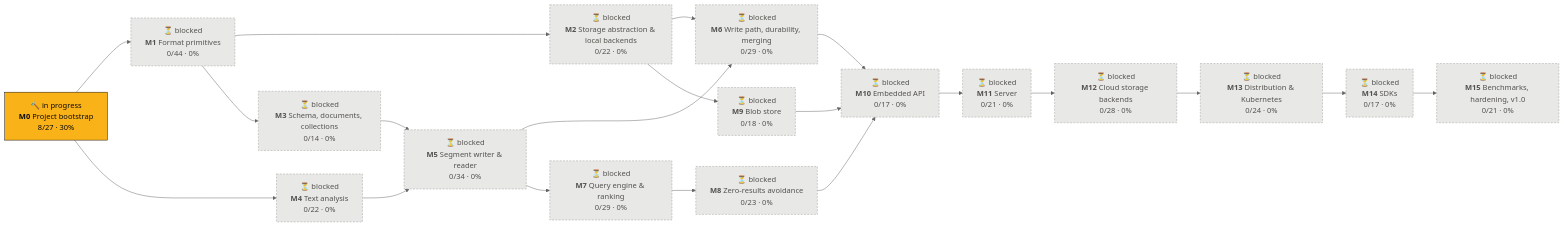
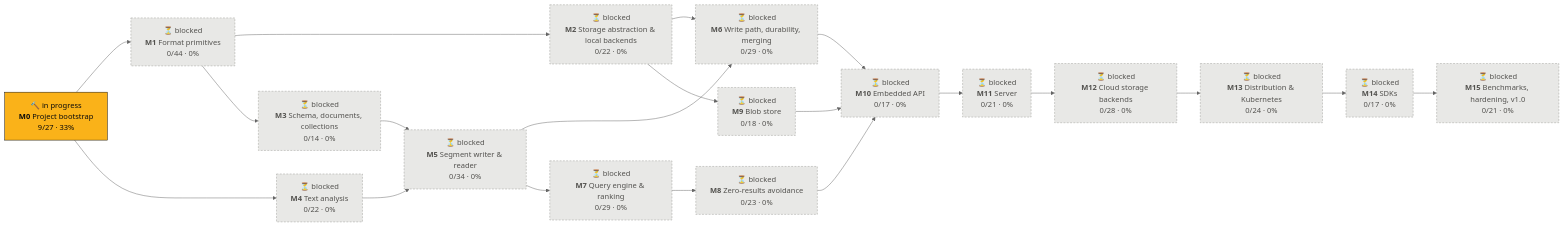
The first of 2 diagrams in PROGRESS.md (tomiok/persiaDB), drawn with Mermaid (neutral theme) before and after one commit. The commit also changed other lines of this file and 3 other files, not shown here.

Commit message:
docs: README stub (ROADMAP 0.1.3.2)

````diff
--- a/PROGRESS.md
+++ b/PROGRESS.md
@@ -14,42 +14,42 @@
 ```mermaid
 flowchart LR
-  M0["🔨 in progress<br/><b>M0</b> Project bootstrap<br/>8/27 · 30%"]:::doing
+  M0["🔨 in progress<br/><b>M0</b> Project bootstrap<br/>9/27 · 33%"]:::doing
   M1["⏳ blocked<br/><b>M1</b> Format primitives<br/>0/44 · 0%"]:::blocked
   M2["⏳ blocked<br/><b>M2</b> Storage abstraction & local backends<br/>0/22 · 0%"]:::blocked
   M3["⏳ blocked<br/><b>M3</b> Schema, documents, collections<br/>0/14 · 0%"]:::blocked
   M4["⏳ blocked<br/><b>M4</b> Text analysis<br/>0/22 · 0%"]:::blocked
   M5["⏳ blocked<br/><b>M5</b> Segment writer & reader<br/>0/34 · 0%"]:::blocked
   M6["⏳ blocked<br/><b>M6</b> Write path, durability, merging<br/>0/29 · 0%"]:::blocked
   M7["⏳ blocked<br/><b>M7</b> Query engine & ranking<br/>0/29 · 0%"]:::blocked
   M8["⏳ blocked<br/><b>M8</b> Zero-results avoidance<br/>0/23 · 0%"]:::blocked
   M9["⏳ blocked<br/><b>M9</b> Blob store<br/>0/18 · 0%"]:::blocked
   M10["⏳ blocked<br/><b>M10</b> Embedded API<br/>0/17 · 0%"]:::blocked
   M11["⏳ blocked<br/><b>M11</b> Server<br/>0/21 · 0%"]:::blocked
   M12["⏳ blocked<br/><b>M12</b> Cloud storage backends<br/>0/28 · 0%"]:::blocked
   M13["⏳ blocked<br/><b>M13</b> Distribution & Kubernetes<br/>0/24 · 0%"]:::blocked
   M14["⏳ blocked<br/><b>M14</b> SDKs<br/>0/17 · 0%"]:::blocked
   M15["⏳ blocked<br/><b>M15</b> Benchmarks, hardening, v1.0<br/>0/21 · 0%"]:::blocked
   M0 --> M1
   M1 --> M2
   M1 --> M3
   M0 --> M4
   M3 --> M5
   M4 --> M5
   M2 --> M6
   M5 --> M6
   M5 --> M7
   M7 --> M8
   M2 --> M9
   M6 --> M10
   M8 --> M10
   M9 --> M10
   M10 --> M11
   M11 --> M12
   M12 --> M13
   M13 --> M14
   M14 --> M15
   classDef done fill:#0ca30c,stroke:#0b0b0b,color:#0b0b0b
   classDef doing fill:#fab219,stroke:#0b0b0b,color:#0b0b0b
   classDef ready fill:#fcfcfb,stroke:#0b0b0b,stroke-width:2px,color:#0b0b0b
   classDef blocked fill:#e8e8e6,stroke:#9a9a96,stroke-dasharray:4 3,color:#52514e
 ```
````
